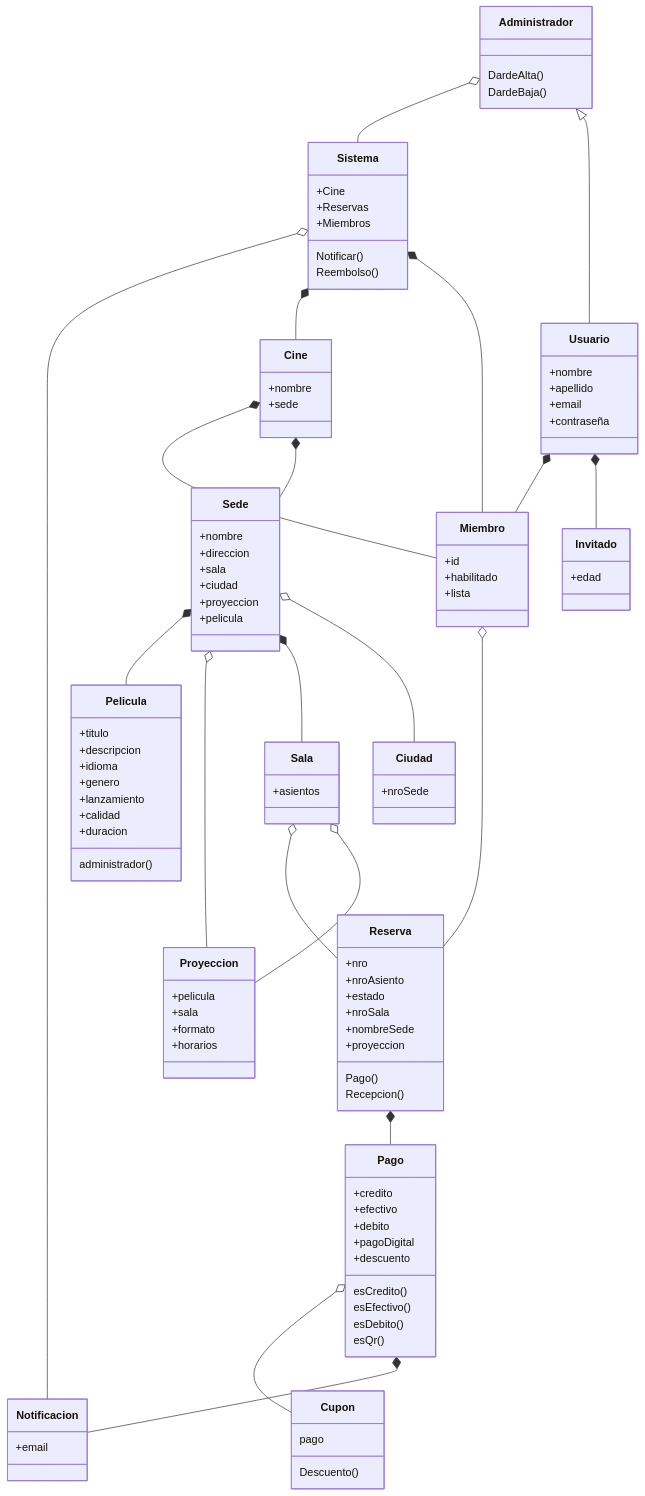
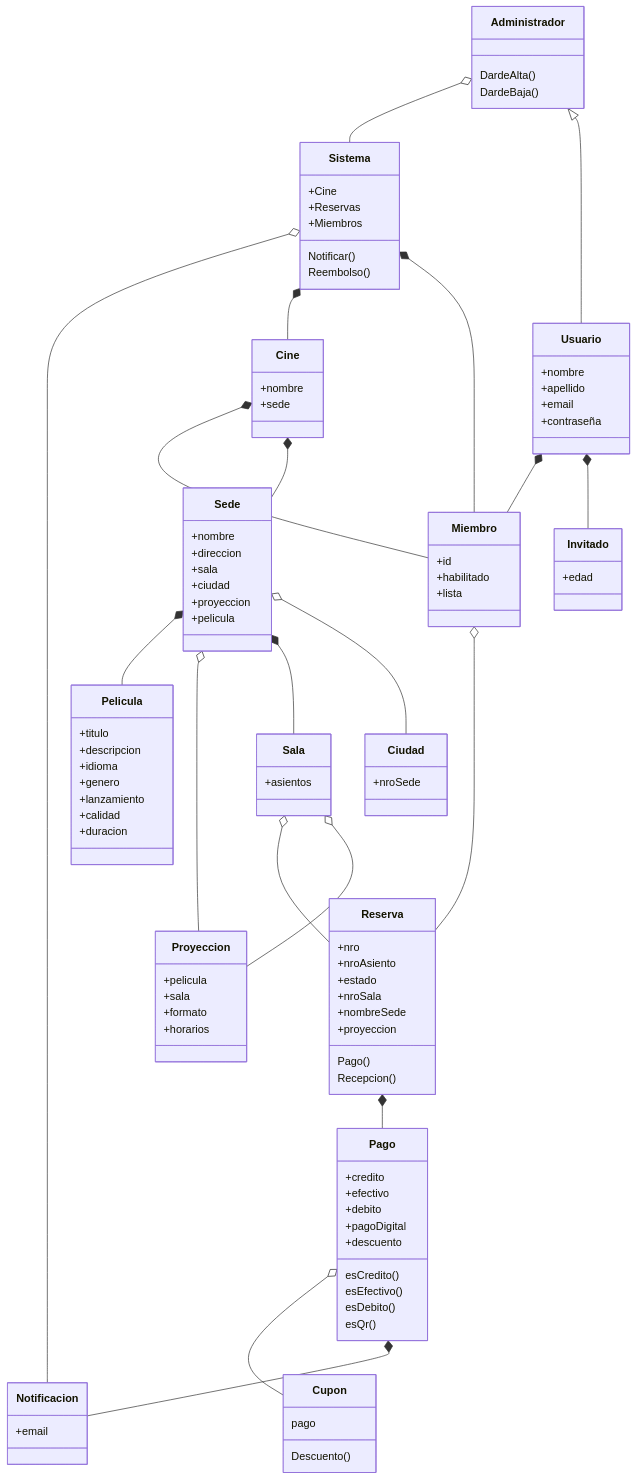
The diagram in doc/diagrama.mmd (quirogapabon11/Cine), drawn with Mermaid before and after one commit. The commit also changed 40 other files, not shown here.

```diff
--- a/doc/diagrama.mmd
+++ b/doc/diagrama.mmd
@@ -1,122 +1,121 @@
 classDiagram
 
 class Miembro
 Miembro: +id
 Miembro: +habilitado
 Miembro: +lista  
 
 Miembro o-- Reserva
 Reserva *-- Pago
 
 class Usuario
 Usuario: +nombre
 Usuario: +apellido
 Usuario: +email
 Usuario: +contraseña
-
 Usuario *-- Miembro
 Usuario *-- Invitado
 
 class Invitado
 Invitado: +edad
 
 class Cine
 Cine: +nombre
 Cine: +sede
 
 Sede *-- Pelicula
 Cine *-- Miembro
 
 class Sede
 Sede: +nombre
 Sede: +direccion
 Sede: +sala
 Sede: +ciudad
 Sede: +proyeccion
 Sede: +pelicula
 Cine *-- Sede
 
 
 class Ciudad
 Ciudad: +nroSede
 
 class Pelicula 
 Pelicula: +titulo
 Pelicula: +descripcion
 Pelicula: +idioma
 Pelicula: +genero
 Pelicula: +lanzamiento
 Pelicula: +calidad
 Pelicula: +duracion
-Pelicula: administrador()
+
 
 
 Sede o-- Proyeccion
 
 Sede *-- Sala
 
 Sala o-- Reserva
 Sala o-- Proyeccion
 Sede o-- Ciudad
 
 class Proyeccion
 Proyeccion: +pelicula
 Proyeccion: +sala
 Proyeccion: +formato
 Proyeccion: +horarios
 
 class Sala
 Sala: +asientos
 
 
 
 
 class Reserva
 Reserva: +nro
 Reserva: +nroAsiento
 Reserva: +estado
 Reserva: +nroSala
 Reserva: +nombreSede
 Reserva: +proyeccion
 Reserva: Pago()
 Reserva: Recepcion()
 
 class Sistema
 Sistema: Notificar()
 Sistema: +Cine
 Sistema: +Reservas
 Sistema: +Miembros
 Sistema: Reembolso()
 
 Sistema o-- Notificacion
 Sistema *-- Cine
 Sistema *-- Miembro
 
 class Pago
 Pago: +credito
 Pago: +efectivo
 Pago: +debito
 Pago: +pagoDigital
 Pago: +descuento
 Pago: esCredito() 
 Pago: esEfectivo()
 Pago: esDebito()
 Pago: esQr()
 
 
 class Cupon
 Cupon: Descuento()
 Cupon: pago
 Pago o-- Cupon
 
 
 Pago *-- Notificacion
 
 class Notificacion
 Notificacion: +email
 
 class Administrador
 Administrador: DardeAlta()
 Administrador: DardeBaja()
 Administrador o-- Sistema
 Administrador <|-- Usuario
```
